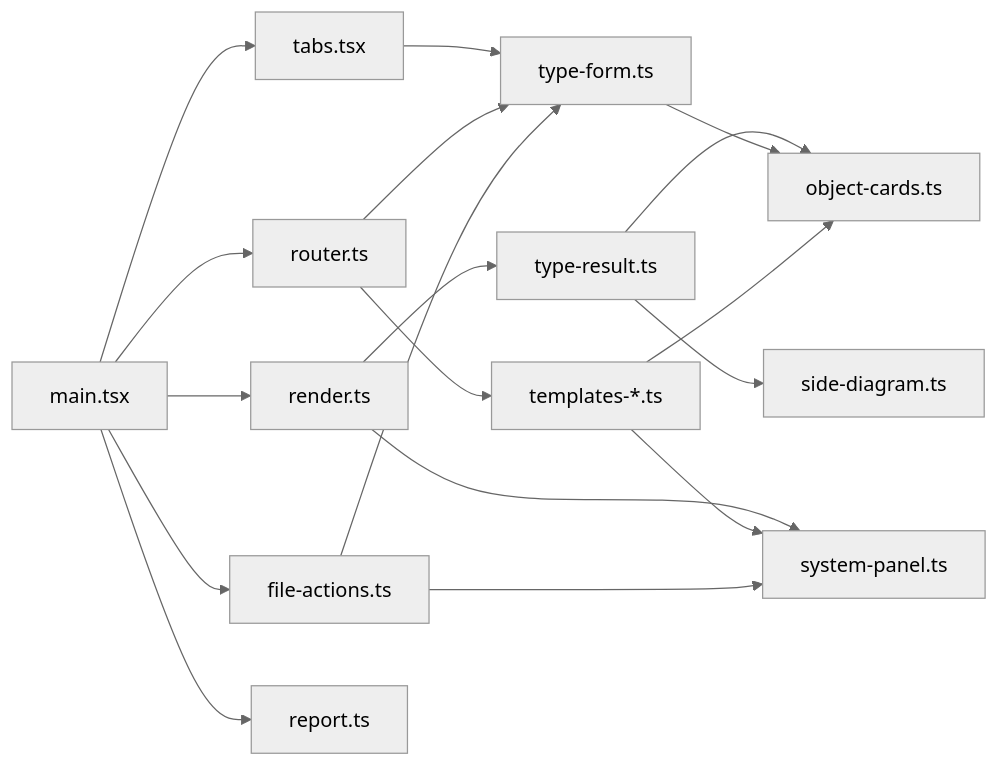
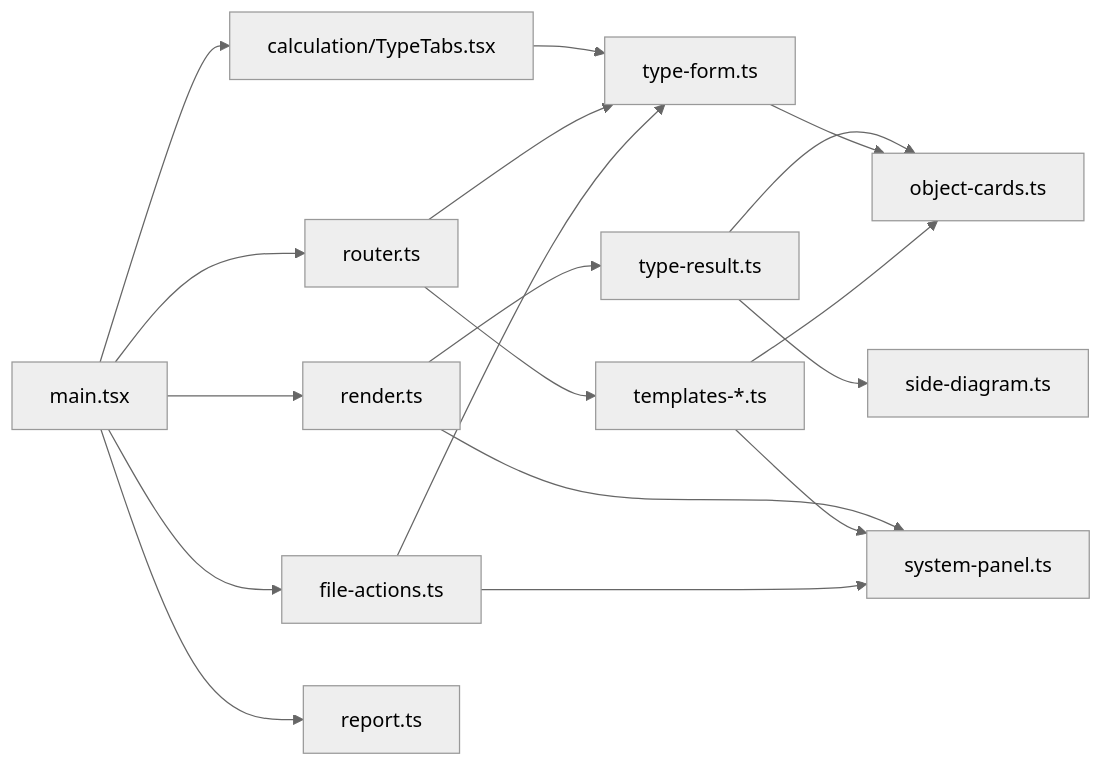
Before and after one commit to SergeyKrasnoslobodtsev/camera-calc: the first of 2 diagrams in docs/architecture/modules/ui.md, drawn with Mermaid (neutral theme). The commit also changed other lines of this file and 4 other files, not shown here.

````diff
--- a/docs/architecture/modules/ui.md
+++ b/docs/architecture/modules/ui.md
@@ -29,20 +53,20 @@
 ```mermaid
 flowchart LR
     main[main.tsx] --> render[render.ts]
-    main --> tabs[tabs.tsx]
+    main --> tabs[calculation/TypeTabs.tsx]
     main --> router[router.ts]
     main --> actions[file-actions.ts]
     main --> report[report.ts]
     render --> result[type-result.ts]
     render --> panel[system-panel.ts]
     result --> cards[object-cards.ts]
     result --> diagram[side-diagram.ts]
     tabs --> form[type-form.ts]
     form --> cards
     router --> templates[templates-*.ts]
     router --> form
     templates --> panel
     templates --> cards
     actions --> panel
     actions --> form
 ```
````
